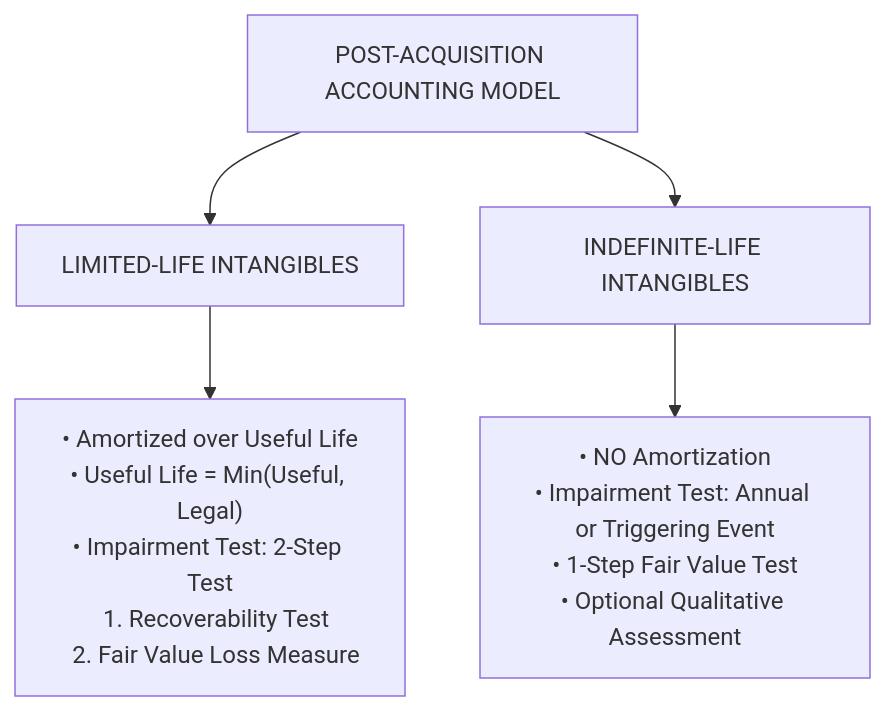
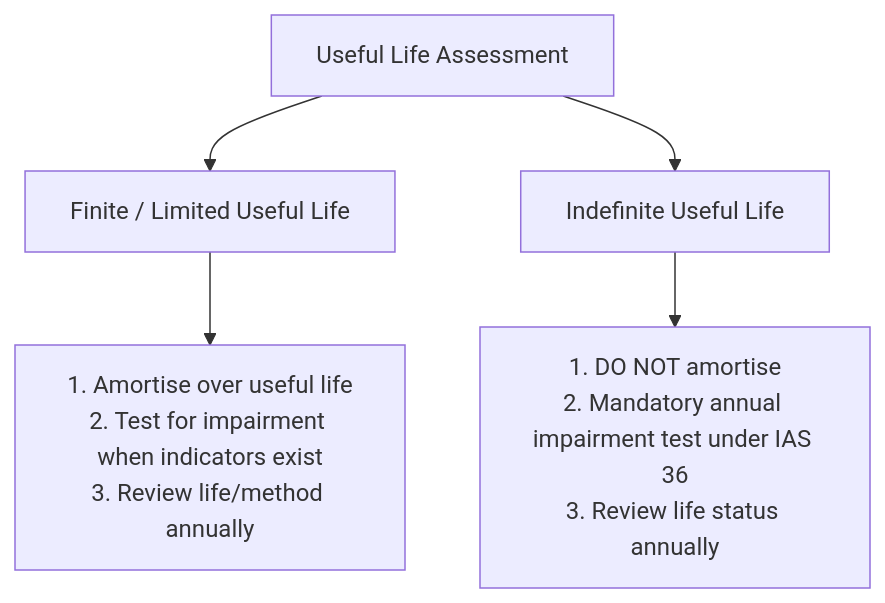
One commit to Soohaeib/shared-obsidian-notes changed the fifth of 9 diagrams in note-res/ai-comprehension/acc-301-intermediate-accounting/phase-2/acc-301-notes-step-8.md. Above: the diagram before and after it, drawn with Mermaid. The commit also changed other lines of this file and 12 other files, not shown here.

````diff
--- a/note-res/ai-comprehension/acc-301-intermediate-accounting/phase-2/acc-301-notes-step-8.md
+++ b/note-res/ai-comprehension/acc-301-intermediate-accounting/phase-2/acc-301-notes-step-8.md
@@ -62,9 +131,8 @@
 ```mermaid
 flowchart TD
-    A[POST-ACQUISITION ACCOUNTING MODEL] --> B[LIMITED-LIFE INTANGIBLES]
-    A --> C[INDEFINITE-LIFE INTANGIBLES]
-    
-    B --> B1["• Amortized over Useful Life<br>• Useful Life = Min(Useful, Legal)<br>• Impairment Test: 2-Step Test<br>  1. Recoverability Test<br>  2. Fair Value Loss Measure"]
-    
-    C --> C1["• NO Amortization<br>• Impairment Test: Annual or Triggering Event<br>• 1-Step Fair Value Test<br>• Optional Qualitative Assessment"]
+    Life[Useful Life Assessment] --> Finite[Finite / Limited Useful Life]
+    Life --> Indefinite[Indefinite Useful Life]
+
+    Finite --> FinAcct[1. Amortise over useful life<br>2. Test for impairment when indicators exist<br>3. Review life/method annually]
+    Indefinite --> IndefAcct[1. DO NOT amortise<br>2. Mandatory annual impairment test under IAS 36<br>3. Review life status annually]
 ```
````
